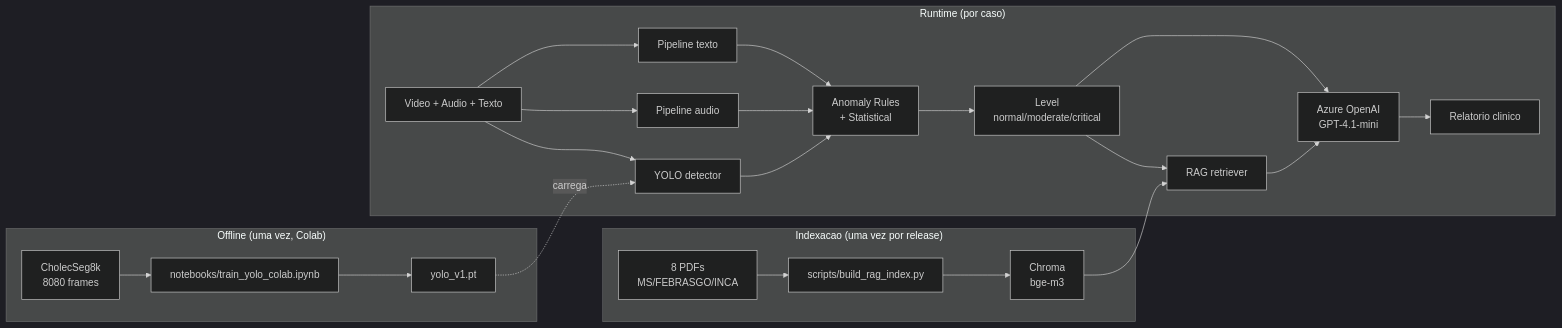
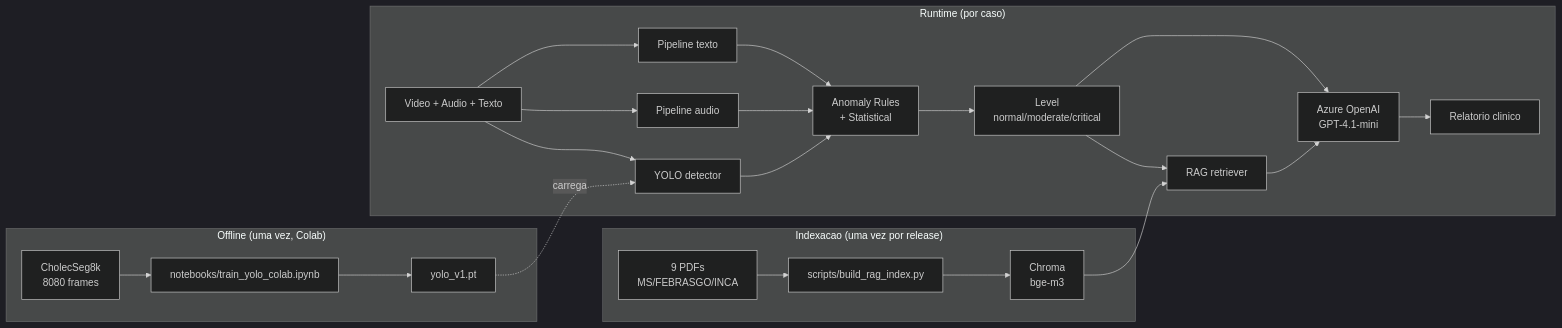
Before and after one commit to joalissonborges94/medica-ia-multimodal: the second of 2 diagrams in reports/relatorio_tecnico.md, drawn with Mermaid (dark theme). The commit also changed other lines of this file and 4 other files, not shown here.

````diff
--- a/reports/relatorio_tecnico.md
+++ b/reports/relatorio_tecnico.md
@@ -93,43 +93,43 @@
 ```mermaid
 flowchart LR
     subgraph Offline["Offline (uma vez, Colab)"]
         DS[CholecSeg8k<br/>8080 frames]
         TR[notebooks/train_yolo_colab.ipynb]
         WT[yolo_v1.pt]
         DS --> TR --> WT
     end
 
     subgraph Indexing["Indexacao (uma vez por release)"]
-        PDF[8 PDFs<br/>MS/FEBRASGO/INCA]
+        PDF[9 PDFs<br/>MS/FEBRASGO/INCA]
         ING[scripts/build_rag_index.py]
         CHR[Chroma<br/>bge-m3]
         PDF --> ING --> CHR
     end
 
     subgraph Runtime["Runtime (por caso)"]
         VID[Video + Audio + Texto]
         YOLO[YOLO detector]
         AU[Pipeline audio]
         TX[Pipeline texto]
         RAG[RAG retriever]
         RULES[Anomaly Rules<br/>+ Statistical]
         LVL[Level<br/>normal/moderate/critical]
         LLM[Azure OpenAI<br/>GPT-4.1-mini]
         REP[Relatorio clinico]
 
         VID --> YOLO
         VID --> AU
         VID --> TX
         YOLO --> RULES
         AU --> RULES
         TX --> RULES
         RULES --> LVL
         LVL --> RAG
         CHR --> RAG
         RAG --> LLM
         LVL --> LLM
         LLM --> REP
     end
 
     WT -.carrega.-> YOLO
 ```
````
